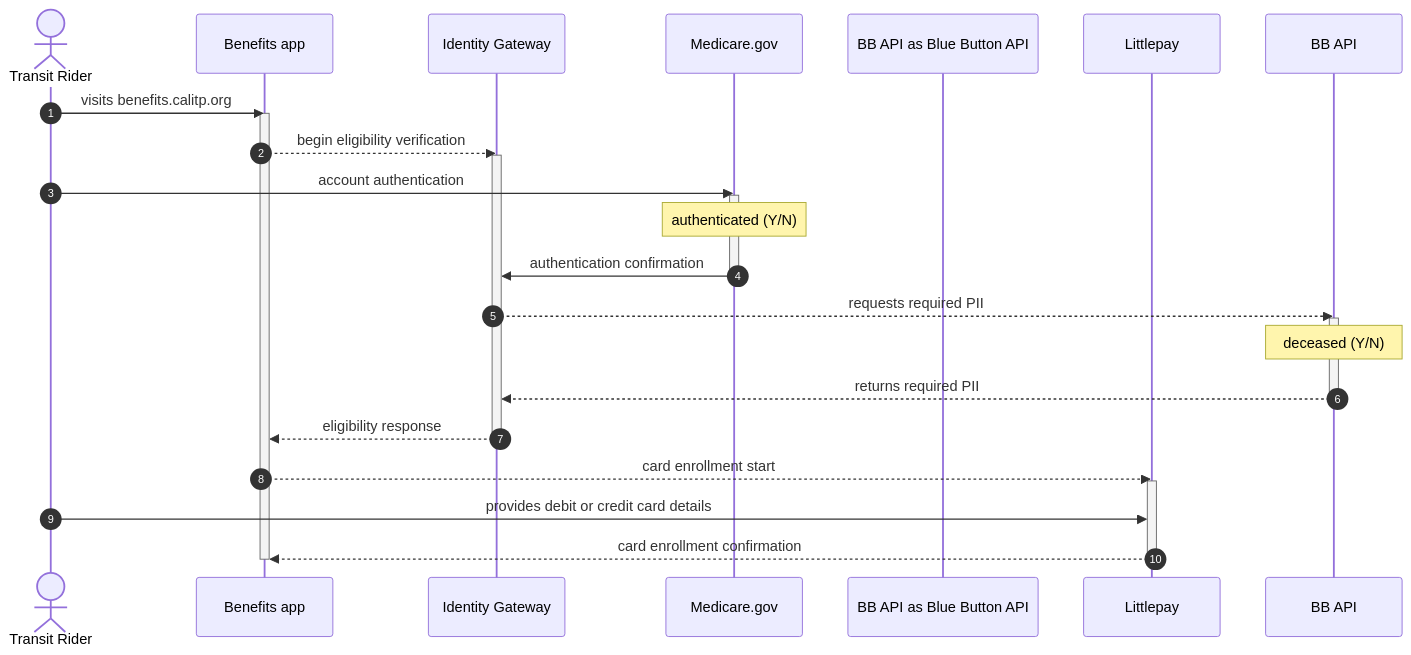
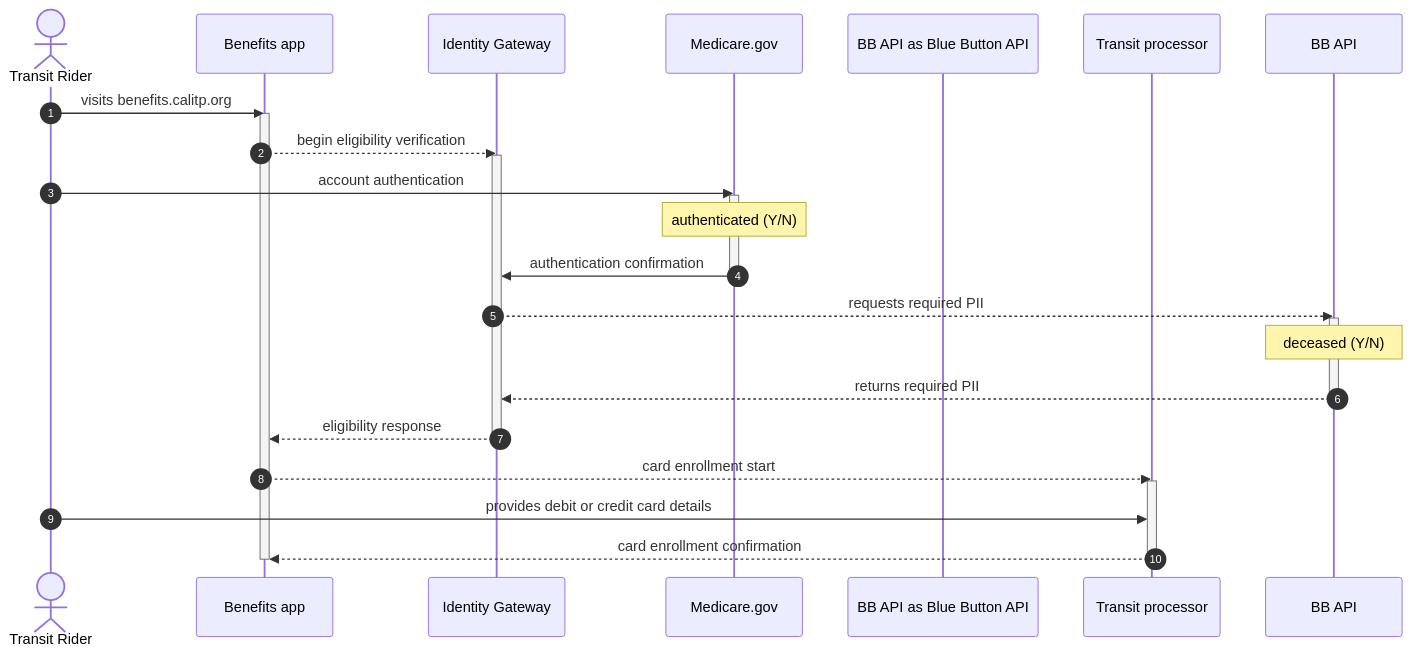
The diagram in docs/enrollment-pathways/medicare-cardholders.md (cal-itp/benefits), drawn with Mermaid before and after one commit. The commit also changed other lines of this file, not shown here.

Commit message:
docs: replacing Littlepay with transit processor (Medicare cardholder use case)

````diff
--- a/docs/enrollment-pathways/medicare-cardholders.md
+++ b/docs/enrollment-pathways/medicare-cardholders.md
@@ -21,33 +21,33 @@
 ```mermaid
 sequenceDiagram
 autonumber
 %% Medicare Cardholders Enrollment Pathway
     actor Transit Rider
     participant Benefits as Benefits app
     participant IdG as Identity Gateway
     participant Medicare as Medicare.gov
     participant BB API as Blue Button API
-    participant Littlepay
+    participant Transit processor
 Transit Rider->>Benefits: visits benefits.calitp.org
     activate Benefits
 Benefits-->>IdG: begin eligibility verification
     activate IdG
 Transit Rider->>Medicare: account authentication
     activate Medicare
     Note over Medicare: authenticated (Y/N)
 Medicare->>IdG: authentication confirmation
     deactivate Medicare
 IdG-->>BB API: requests required PII
     activate BB API
     Note over BB API: deceased (Y/N)
 BB API-->>IdG: returns required PII
     deactivate BB API
 IdG-->>Benefits: eligibility response
     deactivate IdG
-Benefits-->>Littlepay: card enrollment start
-    activate Littlepay
-Transit Rider->>Littlepay: provides debit or credit card details
-Littlepay-->>Benefits: card enrollment confirmation
-    deactivate Littlepay
+Benefits-->>Transit processor: card enrollment start
+    activate Transit processor
+Transit Rider->>Transit processor: provides debit or credit card details
+Transit processor-->>Benefits: card enrollment confirmation
+    deactivate Transit processor
     deactivate Benefits
 ```
````
